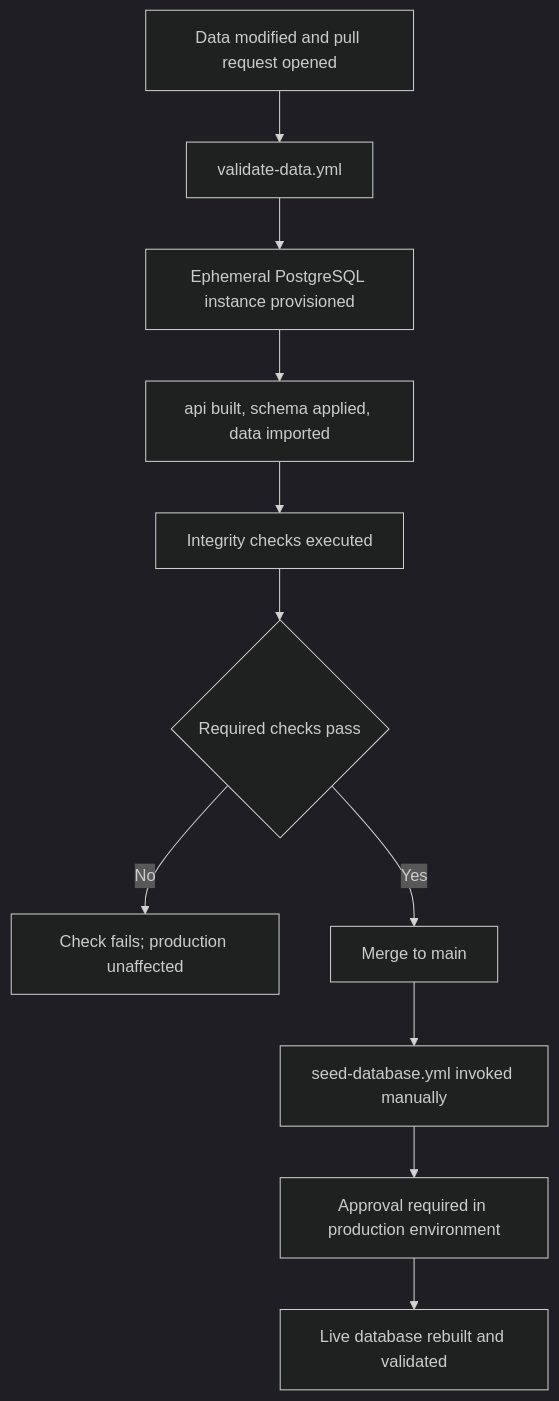
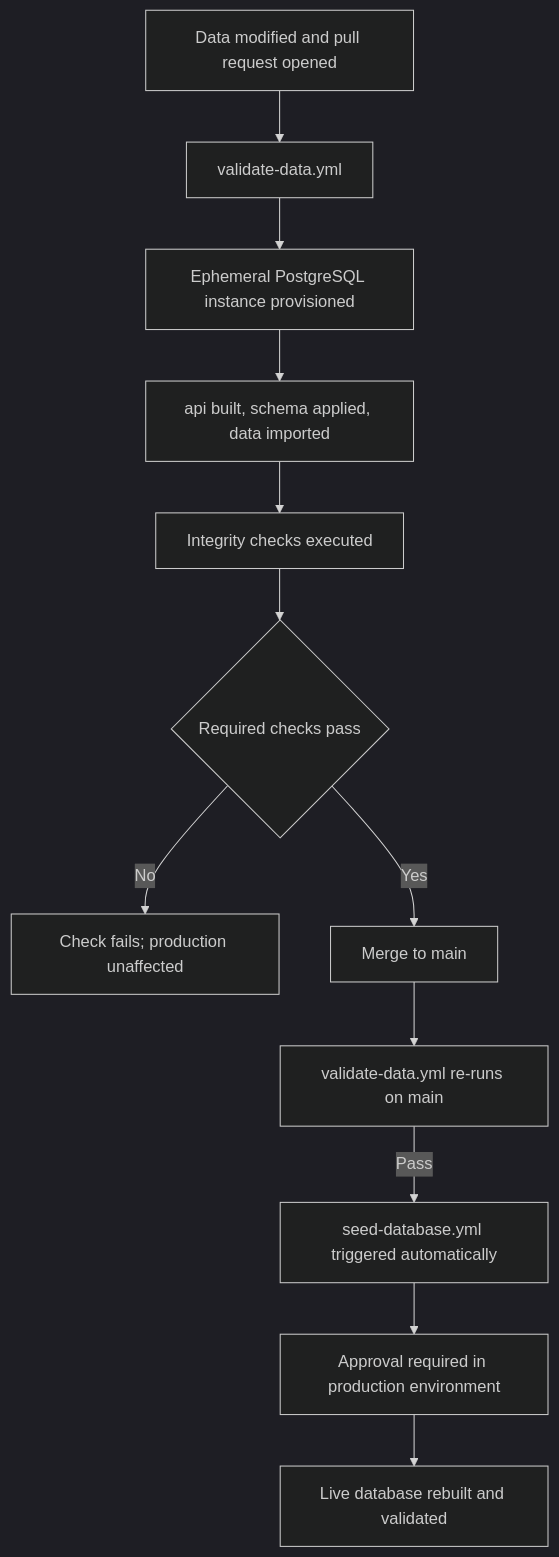
The diagram in .github/workflows/README.md (anyonwiki/AnyonWikiDatabase), drawn with Mermaid (dark theme) before and after one commit. The commit also changed other lines of this file and 1 other file, not shown here.

Commit message:
Seed database automatically after validation passes on main

````diff
--- a/.github/workflows/README.md
+++ b/.github/workflows/README.md
@@ -16,13 +16,14 @@
 ```mermaid
 flowchart TD
     A["Data modified and pull request opened"] --> B["validate-data.yml"]
     B --> C["Ephemeral PostgreSQL instance provisioned"]
     C --> D["api built, schema applied, data imported"]
     D --> E["Integrity checks executed"]
     E --> F{"Required checks pass"}
     F -->|No| G["Check fails; production unaffected"]
     F -->|Yes| H["Merge to main"]
-    H --> I["seed-database.yml invoked manually"]
+    H --> V["validate-data.yml re-runs on main"]
+    V -->|Pass| I["seed-database.yml triggered automatically"]
     I --> J["Approval required in production environment"]
     J --> K["Live database rebuilt and validated"]
 ```
````
